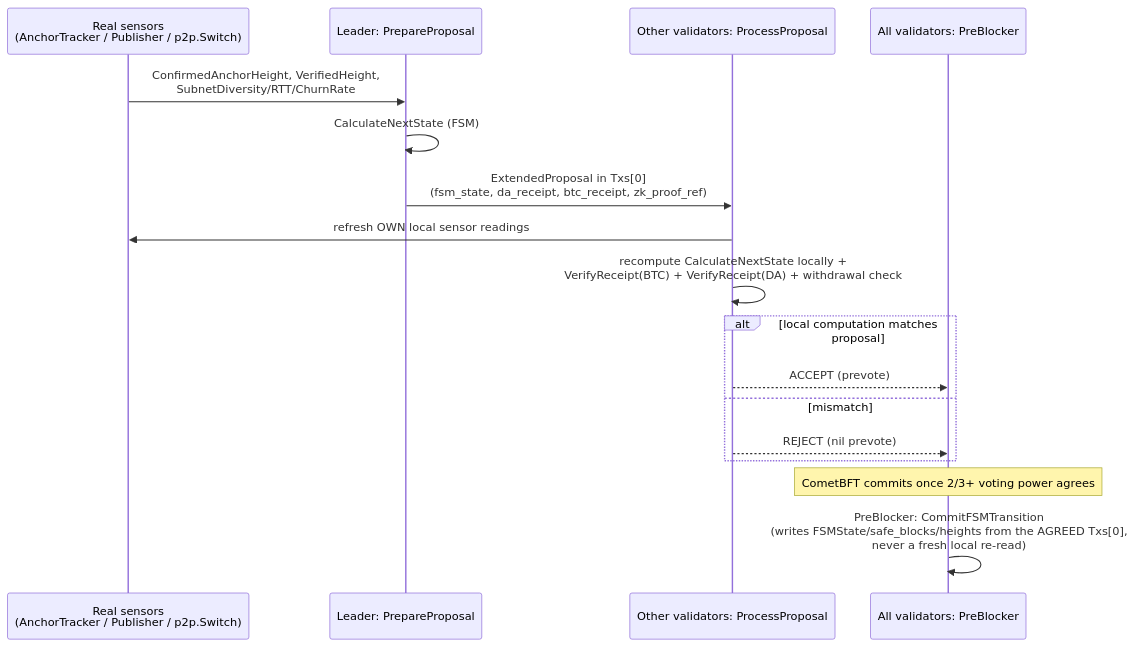
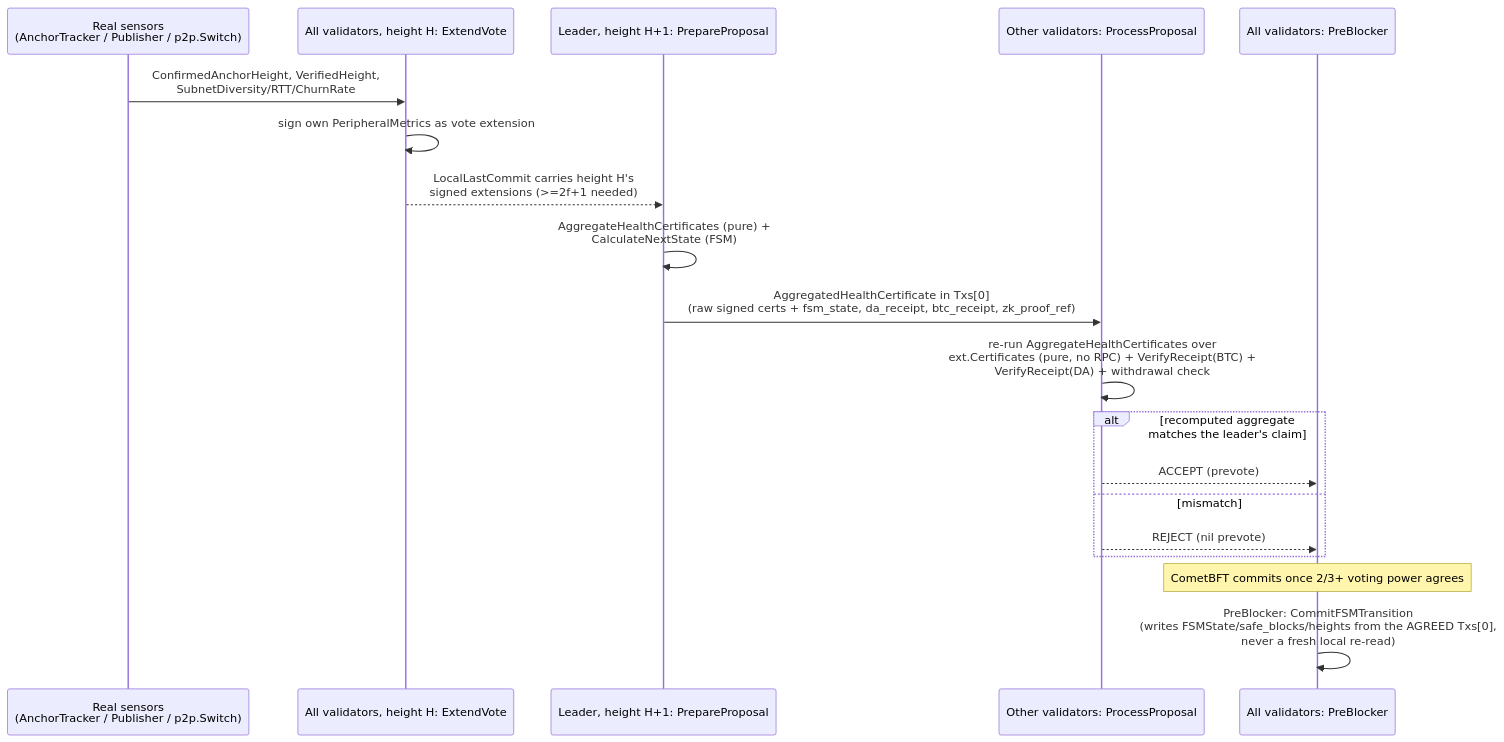
One commit to cuongct924/engram-sovereign-fsm changed the third of 4 diagrams in docs/DEVELOPMENT.md. Above: the diagram before and after it, drawn with Mermaid. The commit also changed other lines of this file and 7 other files, not shown here.

````diff
--- a/docs/DEVELOPMENT.md
+++ b/docs/DEVELOPMENT.md
@@ -466,20 +450,22 @@
 ```mermaid
 sequenceDiagram
     participant Sensors as Real sensors<br/>(AnchorTracker / Publisher / p2p.Switch)
-    participant Leader as Leader: PrepareProposal
+    participant AllH as All validators, height H: ExtendVote
+    participant Leader as Leader, height H+1: PrepareProposal
     participant Others as Other validators: ProcessProposal
     participant All as All validators: PreBlocker
 
-    Sensors->>Leader: ConfirmedAnchorHeight, VerifiedHeight,<br/>SubnetDiversity/RTT/ChurnRate
-    Leader->>Leader: CalculateNextState (FSM)
-    Leader->>Others: ExtendedProposal in Txs[0]<br/>(fsm_state, da_receipt, btc_receipt, zk_proof_ref)
-    Others->>Sensors: refresh OWN local sensor readings
-    Others->>Others: recompute CalculateNextState locally +<br/>VerifyReceipt(BTC) + VerifyReceipt(DA) + withdrawal check
-    alt local computation matches proposal
+    Sensors->>AllH: ConfirmedAnchorHeight, VerifiedHeight,<br/>SubnetDiversity/RTT/ChurnRate
+    AllH->>AllH: sign own PeripheralMetrics as vote extension
+    AllH-->>Leader: LocalLastCommit carries height H's<br/>signed extensions (>=2f+1 needed)
+    Leader->>Leader: AggregateHealthCertificates (pure) +<br/>CalculateNextState (FSM)
+    Leader->>Others: AggregatedHealthCertificate in Txs[0]<br/>(raw signed certs + fsm_state, da_receipt, btc_receipt, zk_proof_ref)
+    Others->>Others: re-run AggregateHealthCertificates over<br/>ext.Certificates (pure, no RPC) + VerifyReceipt(BTC) +<br/>VerifyReceipt(DA) + withdrawal check
+    alt recomputed aggregate matches the leader's claim
         Others-->>All: ACCEPT (prevote)
     else mismatch
         Others-->>All: REJECT (nil prevote)
     end
     Note over All: CometBFT commits once 2/3+ voting power agrees
     All->>All: PreBlocker: CommitFSMTransition<br/>(writes FSMState/safe_blocks/heights from the AGREED Txs[0],<br/>never a fresh local re-read)
 ```
````
